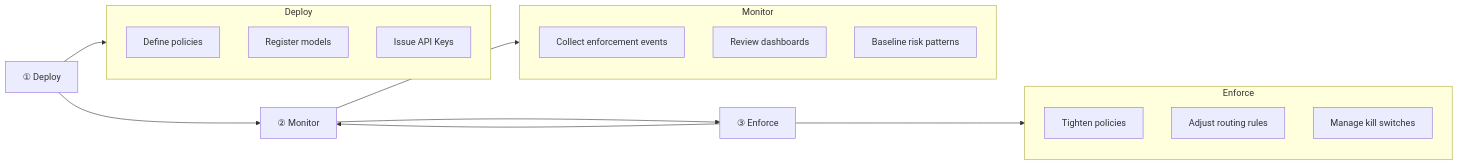
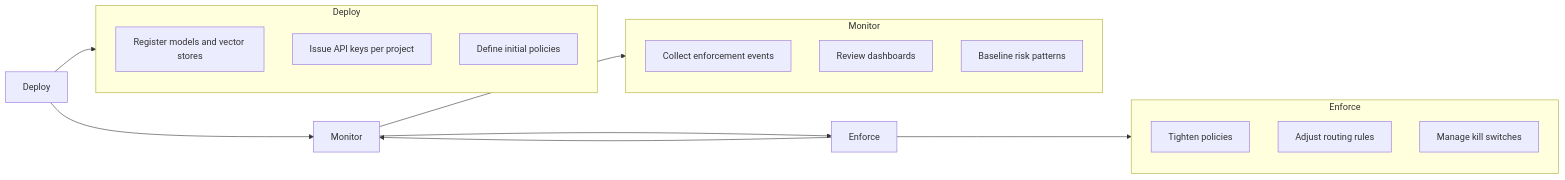
The fourth of 7 diagrams in README.md (vartulzeroshieldai/AIMeshFirewall), drawn with Mermaid before and after one commit. The commit also changed other lines of this file, not shown here.

````diff
--- a/README.md
+++ b/README.md
@@ -270,28 +216,28 @@
 ```mermaid
-flowchart LR
-    deployStage["① Deploy"] --> monitorStage["② Monitor"]
-    monitorStage --> enforceStage["③ Enforce"]
-    enforceStage --> monitorStage
+graph LR
+    D[Deploy] --> M[Monitor]
+    M --> E[Enforce]
+    E --> M
 
-    subgraph deployDetails["Deploy"]
-        d1["Define policies"]
-        d2["Register models"]
-        d3["Issue API Keys"]
+    subgraph ds["Deploy"]
+        d1[Register models and vector stores]
+        d2[Issue API keys per project]
+        d3[Define initial policies]
     end
 
-    subgraph monitorDetails["Monitor"]
-        m1["Collect enforcement events"]
-        m2["Review dashboards"]
-        m3["Baseline risk patterns"]
+    subgraph ms["Monitor"]
+        m1[Collect enforcement events]
+        m2[Review dashboards]
+        m3[Baseline risk patterns]
     end
 
-    subgraph enforceDetails["Enforce"]
-        e1["Tighten policies"]
-        e2["Adjust routing rules"]
-        e3["Manage kill switches"]
+    subgraph es["Enforce"]
+        e1[Tighten policies]
+        e2[Adjust routing rules]
+        e3[Manage kill switches]
     end
 
-    deployStage --> deployDetails
-    monitorStage --> monitorDetails
-    enforceStage --> enforceDetails
+    D --> ds
+    M --> ms
+    E --> es
 ```
````
